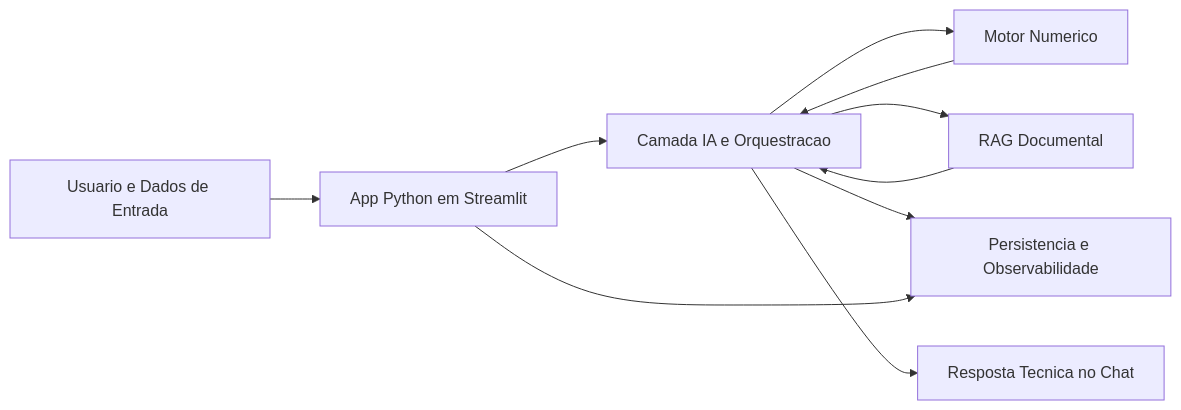
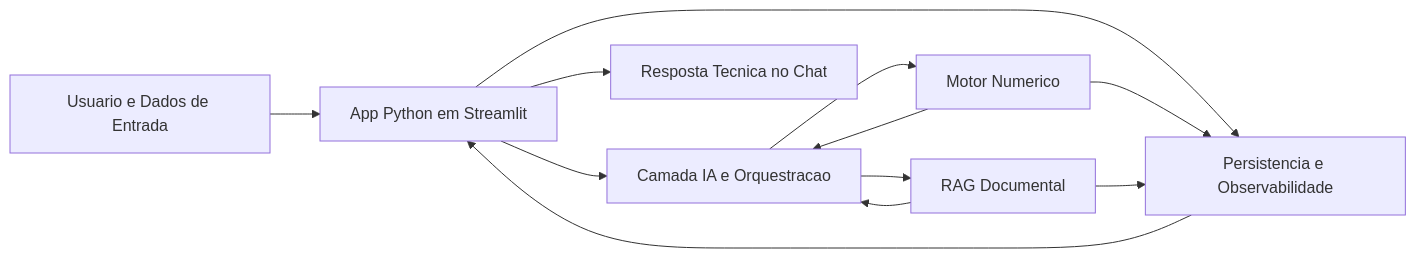
One commit to gufsousa/manutencao-prescritiva changed the diagram in README.md. Above: the diagram before and after it, drawn with Mermaid. The commit also changed other lines of this file, not shown here.

````diff
--- a/README.md
+++ b/README.md
@@ -102,20 +94,22 @@
 ```mermaid
 graph LR
     A[Usuario e Dados de Entrada]
     B[App Python em Streamlit]
     C[Camada IA e Orquestracao]
     D[Motor Numerico]
     E[RAG Documental]
     F[Persistencia e Observabilidade]
     G[Resposta Tecnica no Chat]
 
     A --> B
     B --> C
+    B --> F
     C --> D
     C --> E
     D --> C
     E --> C
-    C --> F
-    B --> F
-    C --> G
+    D --> F
+    E --> F
+    F --> B
+    B --> G
 ```
````
